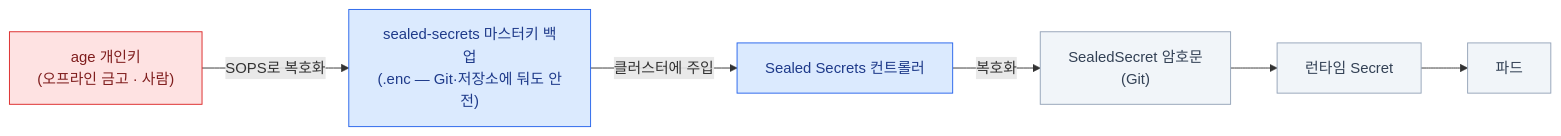
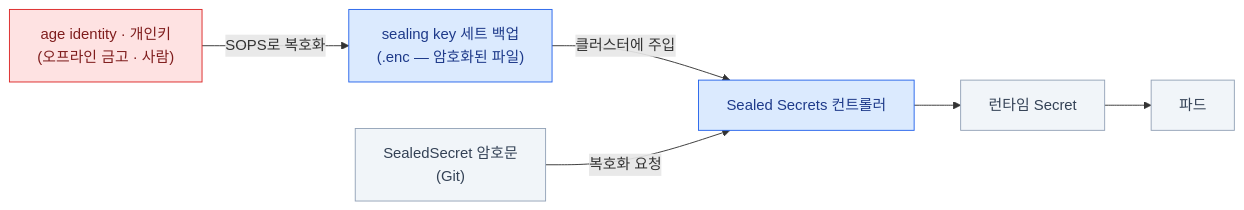
Before and after one commit to mechurak/study-starlight: the second of 2 diagrams in src/content/docs/onprem/10-secrets.mdx, drawn with Mermaid. The commit also changed other lines of this file and 24 other files, not shown here.

````diff
--- a/src/content/docs/onprem/10-secrets.mdx
+++ b/src/content/docs/onprem/10-secrets.mdx
@@ -180,15 +208,15 @@
 ```mermaid
 flowchart LR
-    AGE["age 개인키<br/>(오프라인 금고 · 사람)"] -->|"SOPS로 복호화"| MK["sealed-secrets 마스터키 백업<br/>(.enc — Git·저장소에 둬도 안전)"]
+    AGE["age identity · 개인키<br/>(오프라인 금고 · 사람)"] -->|"SOPS로 복호화"| MK["sealing key 세트 백업<br/>(.enc — 암호화된 파일)"]
     MK -->|"클러스터에 주입"| CTL["Sealed Secrets 컨트롤러"]
-    CTL -->|"복호화"| SS["SealedSecret 암호문<br/>(Git)"]
-    SS --> SEC["런타임 Secret"]
+    SS["SealedSecret 암호문<br/>(Git)"] -->|"복호화 요청"| CTL
+    CTL --> SEC["런타임 Secret"]
     SEC --> POD["파드"]
 
     classDef bad  fill:#fee2e2,stroke:#dc2626,color:#7f1d1d
     classDef key  fill:#dbeafe,stroke:#2563eb,color:#1e3a8a
     classDef mute fill:#f1f5f9,stroke:#94a3b8,color:#334155
     class AGE bad
     class MK,CTL key
     class SS,SEC,POD mute
 ```
````
